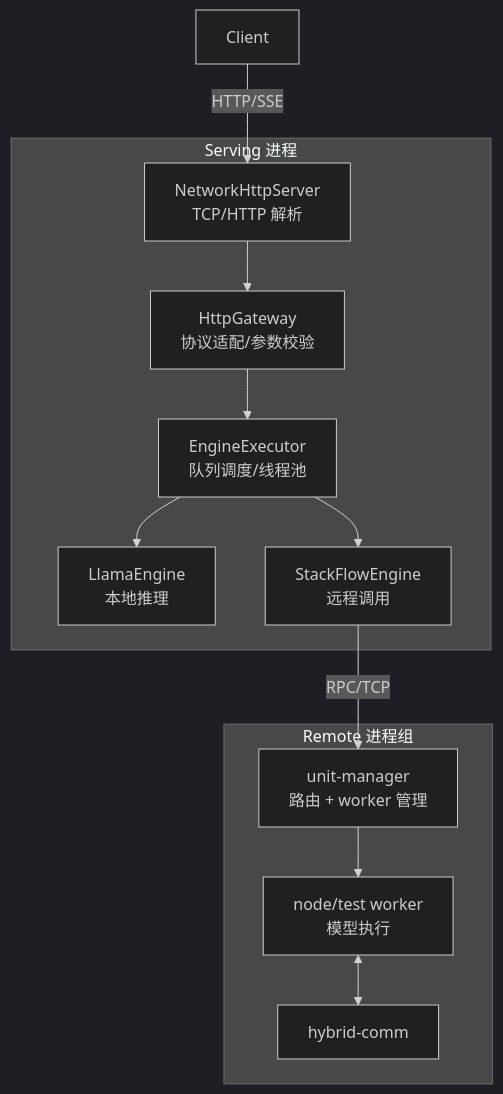
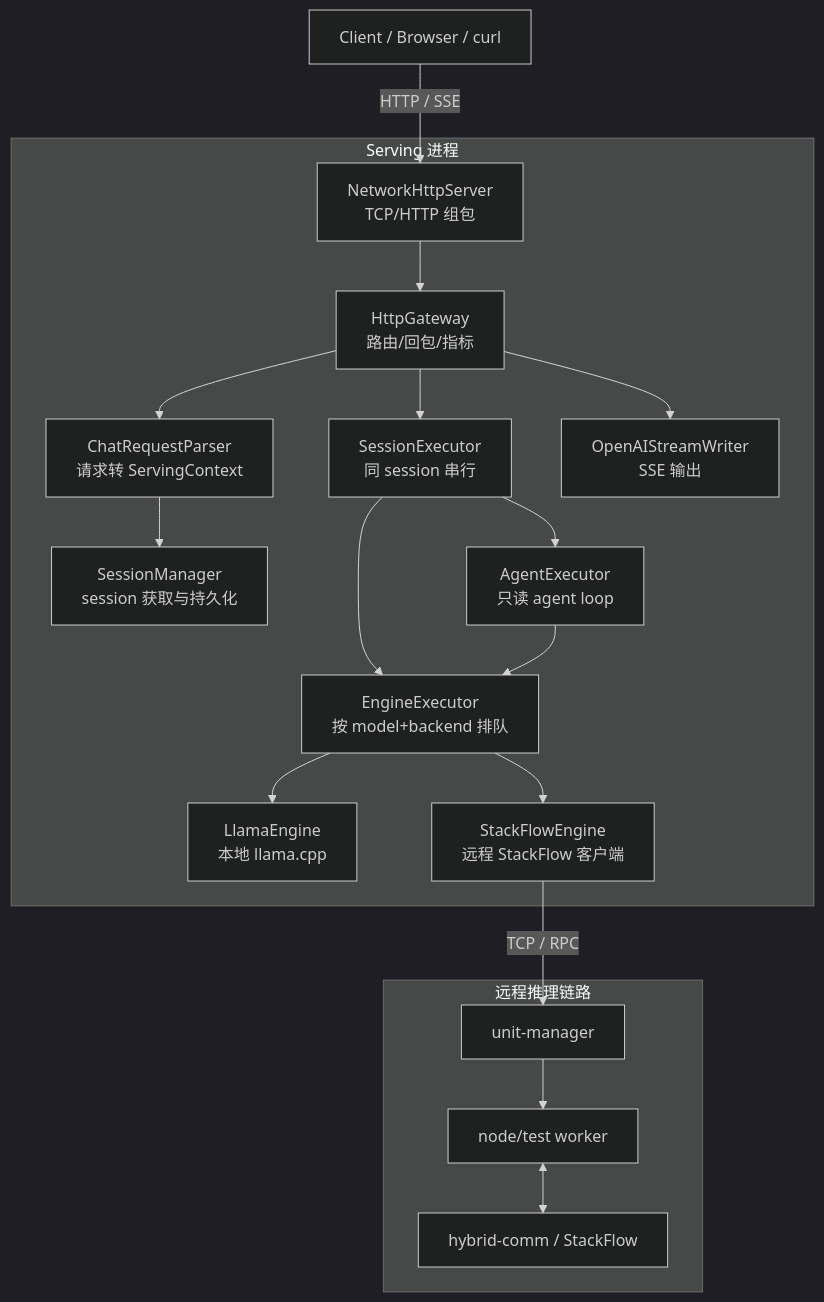
Before and after one commit to PitifulDs/llm_MultimodalServer: the diagram in docs/系统架构.md, drawn with Mermaid (dark theme). The commit also changed other lines of this file and 3 other files, not shown here.

````diff
--- a/docs/系统架构.md
+++ b/docs/系统架构.md
@@ -22,28 +24,38 @@
 ```mermaid
 flowchart TB
-  C[Client]
+  C[Client / Browser / curl]
 
   subgraph S[Serving 进程]
-    N[NetworkHttpServer\nTCP/HTTP 解析]
-    G[HttpGateway\n协议适配/参数校验]
-    X[EngineExecutor\n队列调度/线程池]
-    L[LlamaEngine\n本地推理]
-    SF[StackFlowEngine\n远程调用]
+    N[NetworkHttpServer\nTCP/HTTP 组包]
+    G[HttpGateway\n路由/回包/指标]
+    P[ChatRequestParser\n请求转 ServingContext]
+    SM[SessionManager\nsession 获取与持久化]
+    SX[SessionExecutor\n同 session 串行]
+    AX[AgentExecutor\n只读 agent loop]
+    EX[EngineExecutor\n按 model+backend 排队]
+    LL[LlamaEngine\n本地 llama.cpp]
+    SF[StackFlowEngine\n远程 StackFlow 客户端]
+    SW[OpenAIStreamWriter\nSSE 输出]
 
-    N --> G --> X
-    X --> L
-    X --> SF
+    N --> G --> P
+    P --> SM
+    G --> SX
+    SX --> AX
+    SX --> EX
+    AX --> EX
+    EX --> LL
+    EX --> SF
+    G --> SW
   end
 
-  subgraph R[Remote 进程组]
-    U[unit-manager\n路由 + worker 管理]
-    W[node/test worker\n模型执行]
-    HC[hybrid-comm]
-
-    U --> W
+  subgraph R[远程推理链路]
+    UM[unit-manager]
+    W[node/test worker]
+    HC[hybrid-comm / StackFlow]
+    UM --> W
     W <--> HC
   end
 
-  C -->|HTTP/SSE| N
-  SF -->|RPC/TCP| U
+  C -->|HTTP / SSE| N
+  SF -->|TCP / RPC| UM
 ```
````
